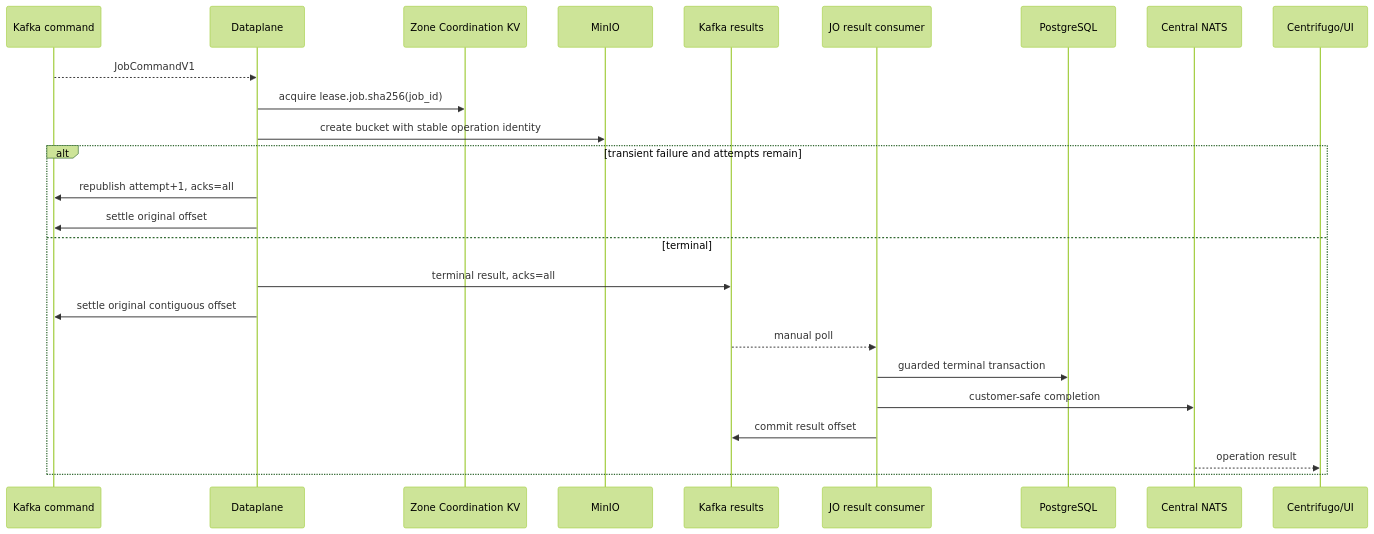
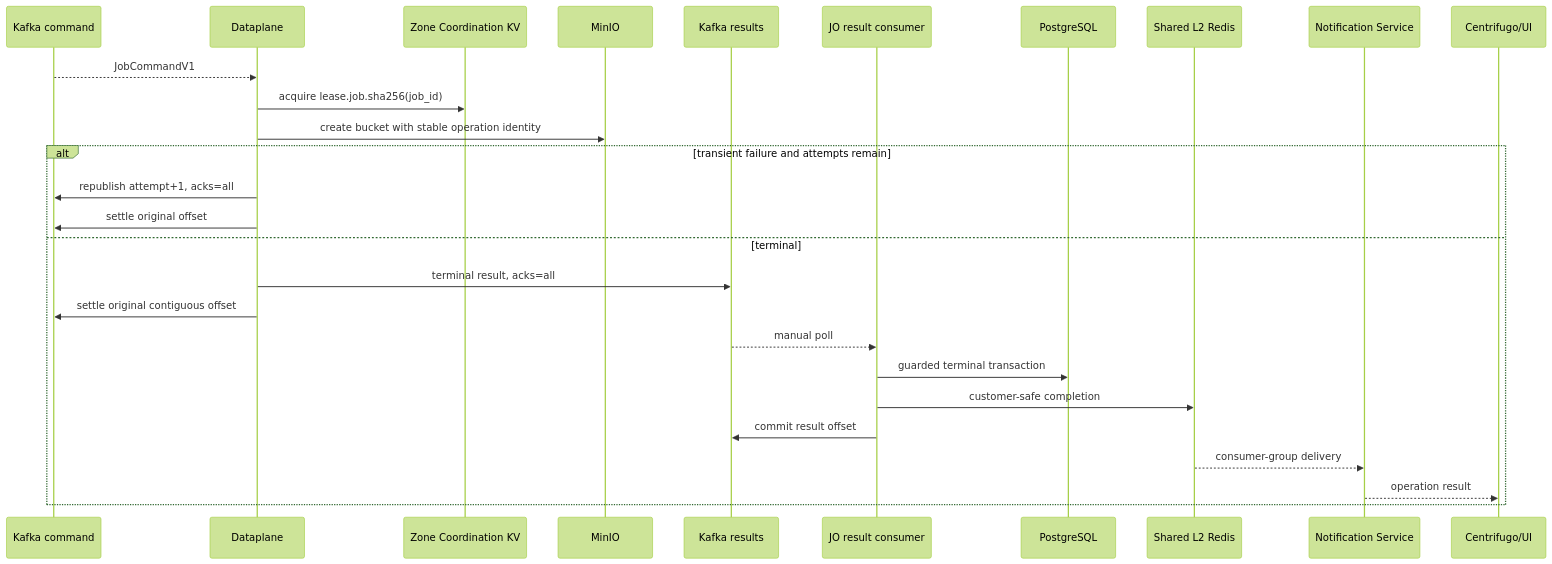
Before and after one commit to phucle996/aurora: the second of 2 diagrams in god_view/storage/bucket_creation_god_view.md, drawn with Mermaid (forest theme). The commit also changed other lines of this file and 95 other files, not shown here.

Commit message:
refactor: modernize dataplane architecture by refactoring leader, workerpool, and job lifecycle components

````diff
--- a/god_view/storage/bucket_creation_god_view.md
+++ b/god_view/storage/bucket_creation_god_view.md
@@ -77,28 +77,30 @@
 ```mermaid
 sequenceDiagram
     participant K as Kafka command
     participant DP as Dataplane
     participant KV as Zone Coordination KV
     participant S3 as MinIO
     participant KR as Kafka results
     participant JO as JO result consumer
     participant DB as PostgreSQL
-    participant N as Central NATS
+    participant R as Shared L2 Redis
+    participant NS as Notification Service
     participant UI as Centrifugo/UI
 
     K-->>DP: JobCommandV1
     DP->>KV: acquire lease.job.sha256(job_id)
     DP->>S3: create bucket with stable operation identity
     alt transient failure and attempts remain
         DP->>K: republish attempt+1, acks=all
         DP->>K: settle original offset
     else terminal
         DP->>KR: terminal result, acks=all
         DP->>K: settle original contiguous offset
         KR-->>JO: manual poll
         JO->>DB: guarded terminal transaction
-        JO->>N: customer-safe completion
+        JO->>R: customer-safe completion
         JO->>KR: commit result offset
-        N-->>UI: operation result
+        R-->>NS: consumer-group delivery
+        NS-->>UI: operation result
     end
 ```
````
